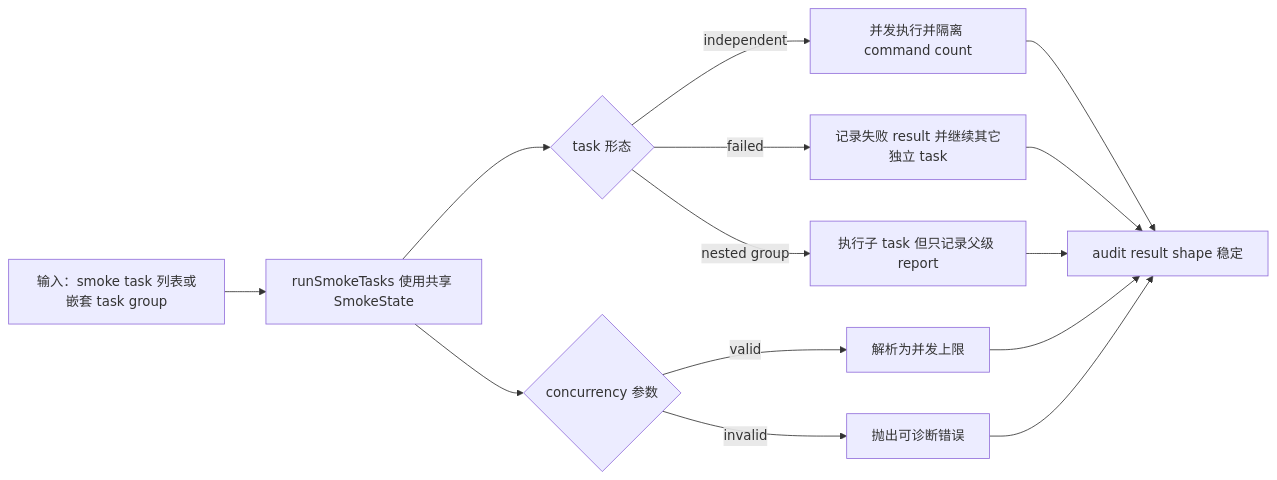
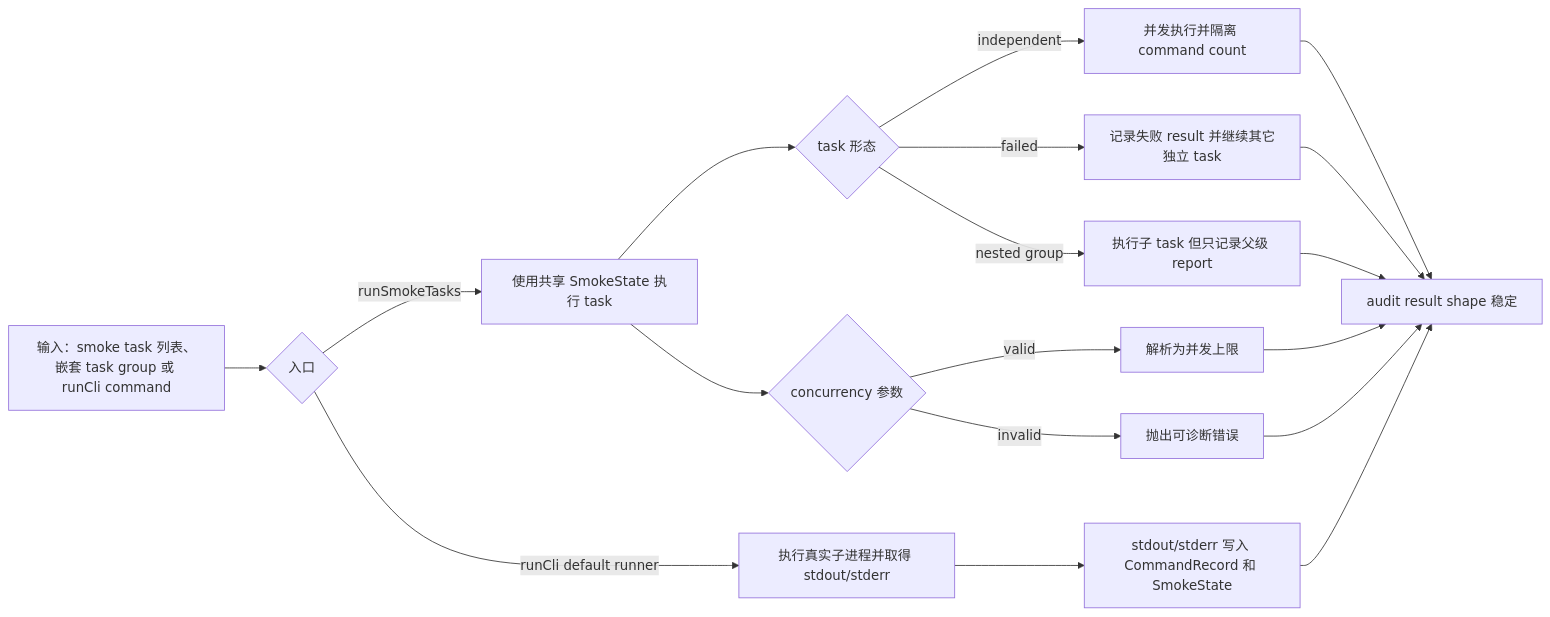
One commit to zxyycom/docnav changed the fifth of 7 diagrams in docs/testing/cases.md. Above: the diagram before and after it, drawn with Mermaid. The commit also changed other lines of this file and 3 other files, not shown here.

````diff
--- a/docs/testing/cases.md
+++ b/docs/testing/cases.md
@@ -656,16 +656,20 @@
 ```mermaid
 flowchart LR
-  A["输入：smoke task 列表或嵌套 task group"] --> B["runSmokeTasks 使用共享 SmokeState"]
-  B --> C{"task 形态"}
-  C -->|"independent"| D["并发执行并隔离 command count"]
-  C -->|"failed"| E["记录失败 result 并继续其它独立 task"]
-  C -->|"nested group"| F["执行子 task 但只记录父级 report"]
-  B --> G{"concurrency 参数"}
-  G -->|"valid"| H["解析为并发上限"]
-  G -->|"invalid"| I["抛出可诊断错误"]
-  D --> J["audit result shape 稳定"]
-  E --> J
-  F --> J
-  H --> J
-  I --> J
+  A["输入：smoke task 列表、嵌套 task group 或 runCli command"] --> B{"入口"}
+  B -->|"runSmokeTasks"| C["使用共享 SmokeState 执行 task"]
+  B -->|"runCli default runner"| K["执行真实子进程并取得 stdout/stderr"]
+  C --> D{"task 形态"}
+  D -->|"independent"| E["并发执行并隔离 command count"]
+  D -->|"failed"| F["记录失败 result 并继续其它独立 task"]
+  D -->|"nested group"| G["执行子 task 但只记录父级 report"]
+  C --> H{"concurrency 参数"}
+  H -->|"valid"| I["解析为并发上限"]
+  H -->|"invalid"| J["抛出可诊断错误"]
+  K --> L["stdout/stderr 写入 CommandRecord 和 SmokeState"]
+  E --> M["audit result shape 稳定"]
+  F --> M
+  G --> M
+  I --> M
+  J --> M
+  L --> M
 ```
````
